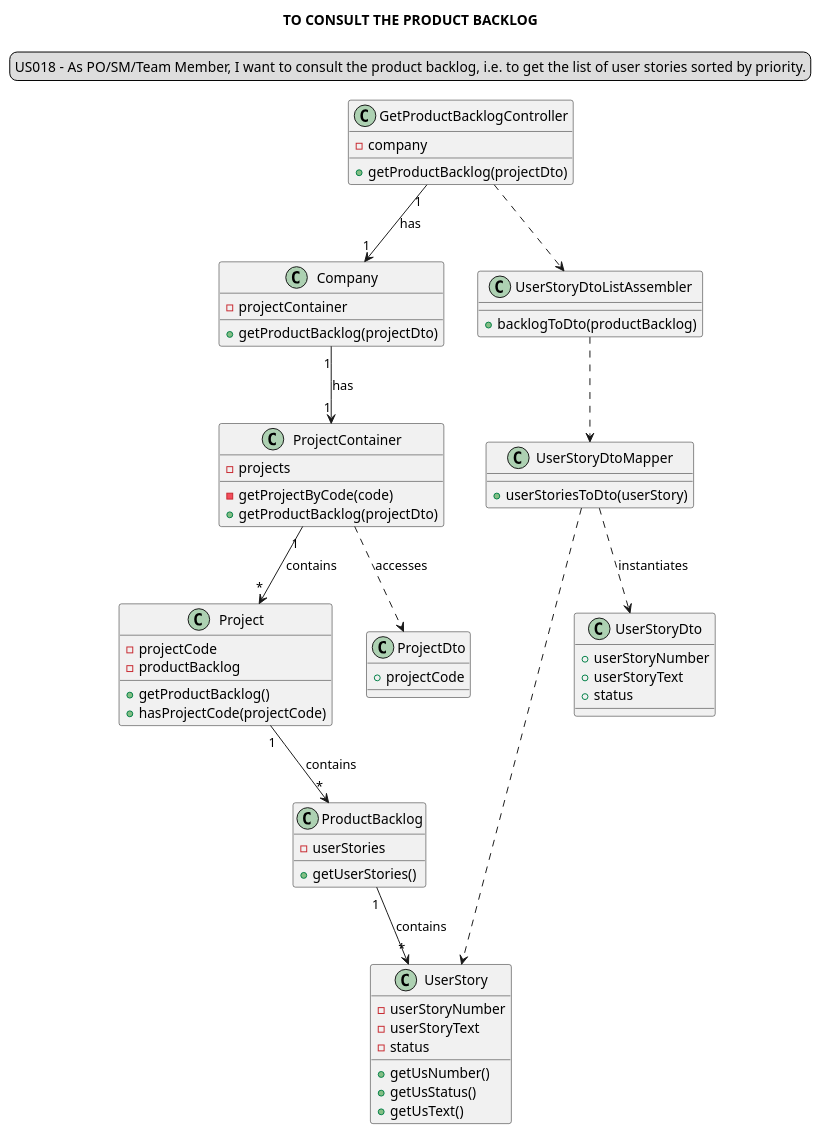
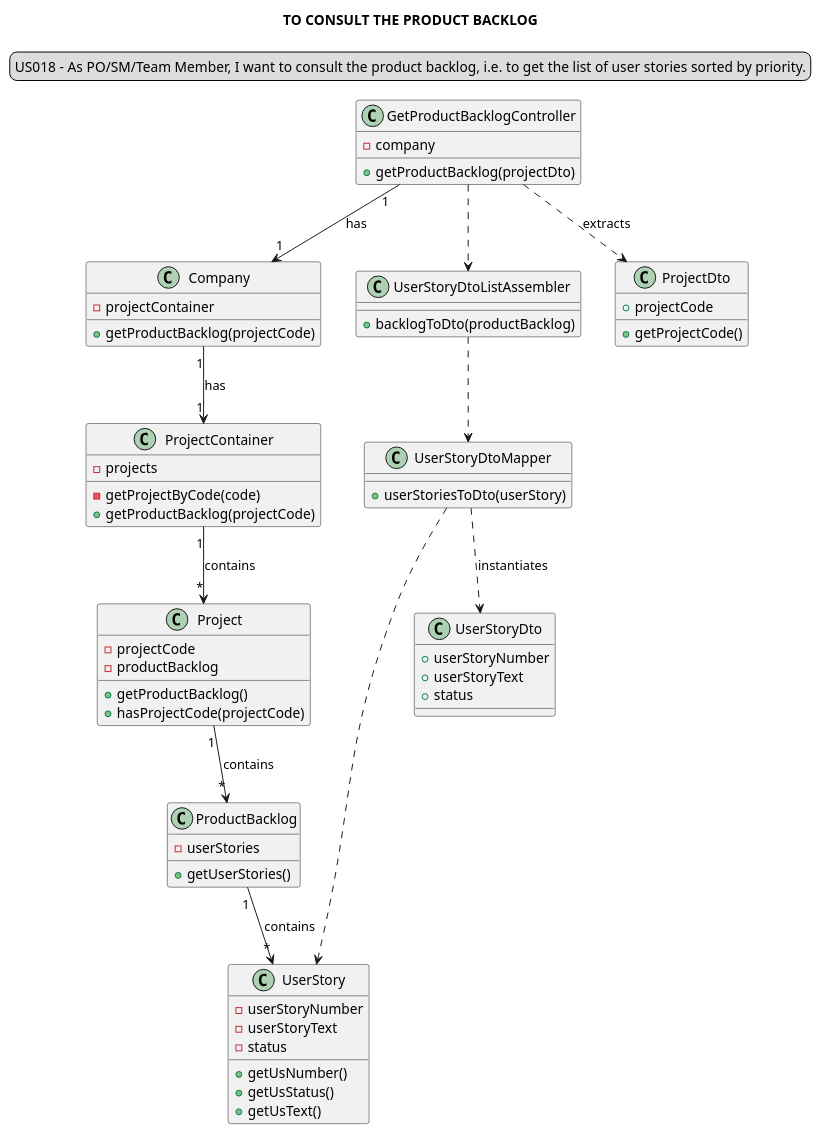
The diagram in docs/modelling_design/user_stories/sprint03/us018/US018_ClassDiagram.puml (Loracline/project_switch_22-23), drawn with PlantUML before and after one commit. The commit also changed 3 other files, not shown here.

Commit message:
US018: Design: updated Class Diagram of US018 and Class Diagram of US022, addresses #5, #50

```diff
--- a/docs/modelling_design/user_stories/sprint03/us018/US018_ClassDiagram.puml
+++ b/docs/modelling_design/user_stories/sprint03/us018/US018_ClassDiagram.puml
@@ -1,77 +1,78 @@
 @startuml
 'https://plantuml.com/class-diagram
 
 title TO CONSULT THE PRODUCT BACKLOG
 skinparam sequenceMessageAlign center
 legend top
 US018 - As PO/SM/Team Member, I want to consult the product backlog, i.e. to get the list of user stories sorted by priority.
 end legend
 
 class "GetProductBacklogController" {
 -company
 +getProductBacklog(projectDto)
 }
 
 class "Company"{
 -projectContainer
-+getProductBacklog(projectDto)
++getProductBacklog(projectCode)
 }
 
 class "ProjectContainer"{
 -projects
 -getProjectByCode(code)
-+getProductBacklog(projectDto)
++getProductBacklog(projectCode)
 }
 
 class "Project"{
 -projectCode
 -productBacklog
 +getProductBacklog()
 +hasProjectCode(projectCode)
 }
 
 class "ProductBacklog"{
 -userStories
 +getUserStories()
 }
 
 class "UserStory"{
 -userStoryNumber
 -userStoryText
 -status
 +getUsNumber()
 +getUsStatus()
 +getUsText()
 }
 
 
 class "UserStoryDtoListAssembler"{
 +backlogToDto(productBacklog)
 }
 
 class "UserStoryDtoMapper"{
 +userStoriesToDto(userStory)
 }
 
 class "UserStoryDto"{
 +userStoryNumber
 +userStoryText
 +status
 }
 
 class "ProjectDto"{
 +projectCode
++getProjectCode()
 }
 
 "GetProductBacklogController" "1"-->"1" "Company": has
 "GetProductBacklogController" ..> "UserStoryDtoListAssembler"
 "UserStoryDtoListAssembler" ..> "UserStoryDtoMapper"
 "UserStoryDtoMapper" ..> "UserStory"
 "Company" "1"-->"1" "ProjectContainer": has
 "ProjectContainer" "1"-->"*" Project: contains
-"ProjectContainer" ..> ProjectDto: accesses
+"GetProductBacklogController" ..> ProjectDto: extracts
 "Project" "1"-->"*" ProductBacklog: contains
 "ProductBacklog" "1"-->"*" UserStory: contains
 "UserStoryDtoMapper" ..> "UserStoryDto": instantiates
 
 @enduml
```
